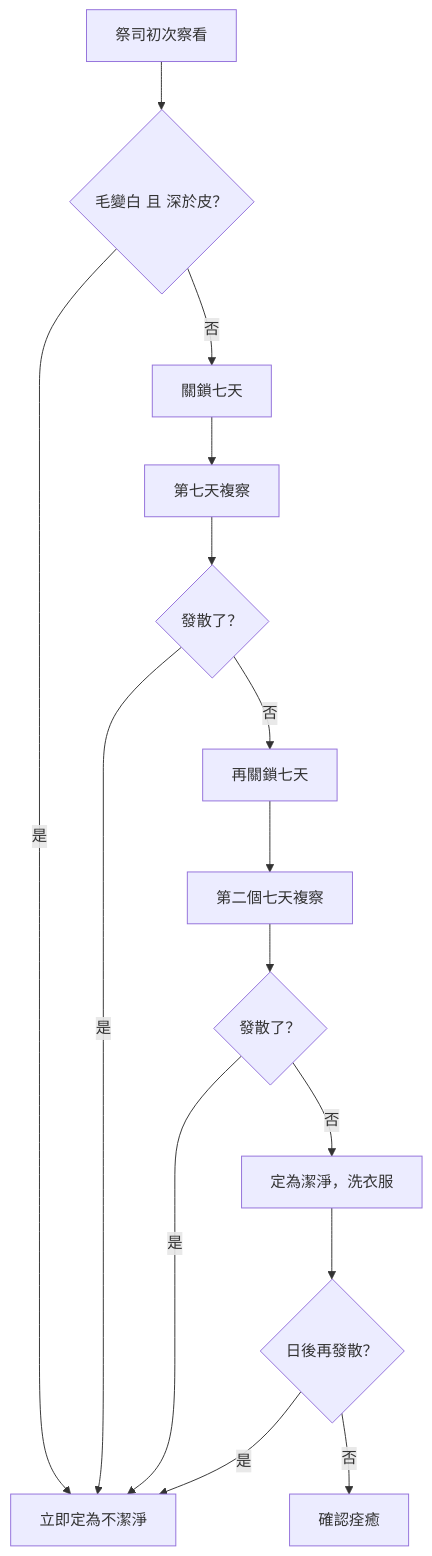
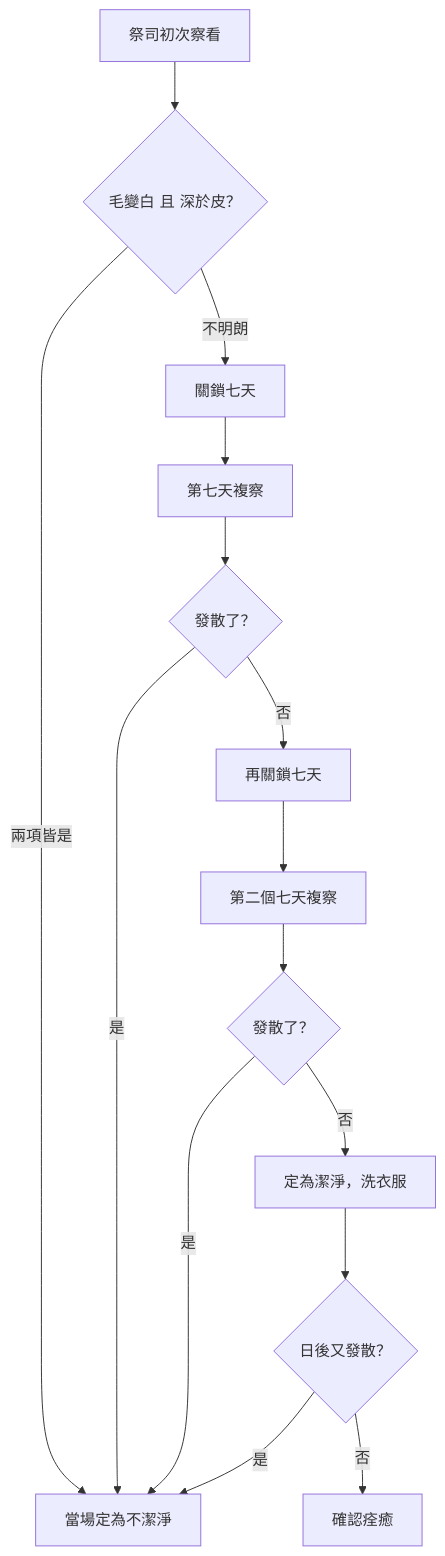
One commit to andyjr5566/Bible_wiki_zh changed the diagram in 03 利未記/第13章.md. Above: the diagram before and after it, drawn with Mermaid. The commit also changed other lines of this file and 41 other files, not shown here.

````diff
--- a/03 利未記/第13章.md
+++ b/03 利未記/第13章.md
@@ -102,17 +109,17 @@
 ```mermaid
 flowchart TD
-A["祭司初次察看"] --> B{"毛變白 且 深於皮？"}
-B -->|是| C["立即定為不潔淨"]
-B -->|否| D["關鎖七天"]
-D --> E["第七天複察"]
-E --> F{"發散了？"}
-F -->|是| C
-F -->|否| G["再關鎖七天"]
-G --> H["第二個七天複察"]
-H --> I{"發散了？"}
-I -->|是| C
-I -->|否| J["定為潔淨，洗衣服"]
-J --> K{"日後再發散？"}
-K -->|是| C
-K -->|否| L["確認痊癒"]
+    A["祭司初次察看"] --> B{"毛變白 且 深於皮？"}
+    B -->|"兩項皆是"| C["當場定為不潔淨"]
+    B -->|"不明朗"| D["關鎖七天"]
+    D --> E["第七天複察"]
+    E --> F{"發散了？"}
+    F -->|"是"| C
+    F -->|"否"| G["再關鎖七天"]
+    G --> H["第二個七天複察"]
+    H --> I{"發散了？"}
+    I -->|"是"| C
+    I -->|"否"| J["定為潔淨，洗衣服"]
+    J --> K{"日後又發散？"}
+    K -->|"是"| C
+    K -->|"否"| L["確認痊癒"]
 ```
````
